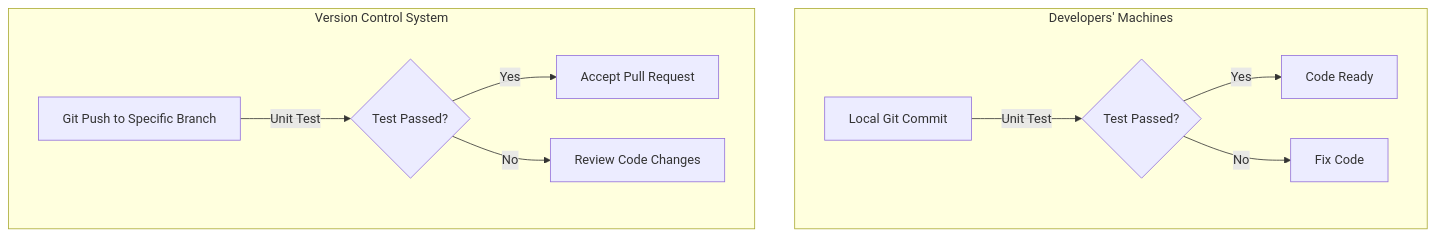
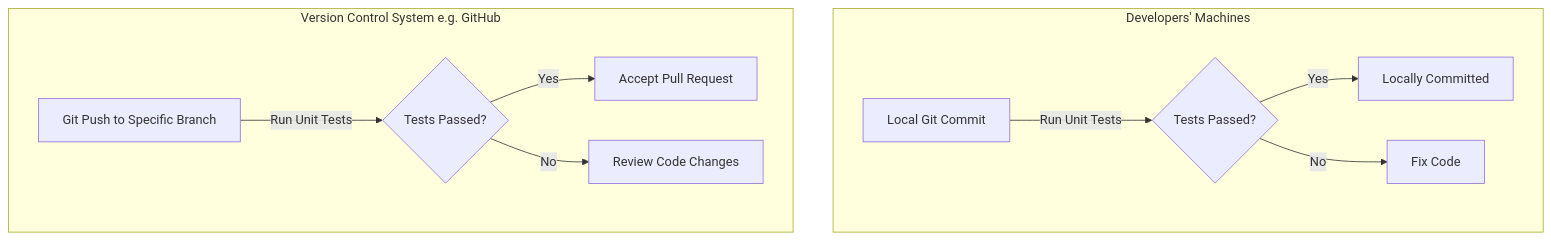
The second of 2 diagrams in docs/guides/software-lifecycle/continuous-testing/README.md (NASA-AMMOS/slim), drawn with Mermaid before and after one commit. The commit also changed other lines of this file, not shown here.

````diff
--- a/docs/guides/software-lifecycle/continuous-testing/README.md
+++ b/docs/guides/software-lifecycle/continuous-testing/README.md
@@ -140,14 +140,14 @@
 ```mermaid
 graph TD
     subgraph Developers' Machines
-        A[Local Git Commit] -->|Unit Test| B{Test Passed?}
-        B -->|Yes| C[Code Ready]
+        A[Local Git Commit] -->|Run Unit Tests| B{Tests Passed?}
+        B -->|Yes| C[Locally Committed]
         B -->|No| D[Fix Code]
     end
 
-    subgraph Version Control System
-        E[Git Push to Specific Branch] -->|Unit Test| F{Test Passed?}
+    subgraph VCS[Version Control System e.g. GitHub]
+        E[Git Push to Specific Branch] -->|Run Unit Tests| F{Tests Passed?}
         F -->|Yes| G[Accept Pull Request]
         F -->|No| H[Review Code Changes]
     end
 ```
````
